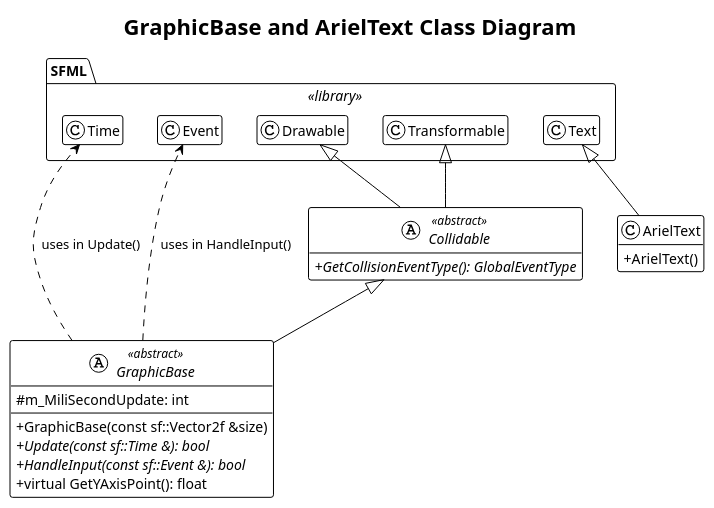
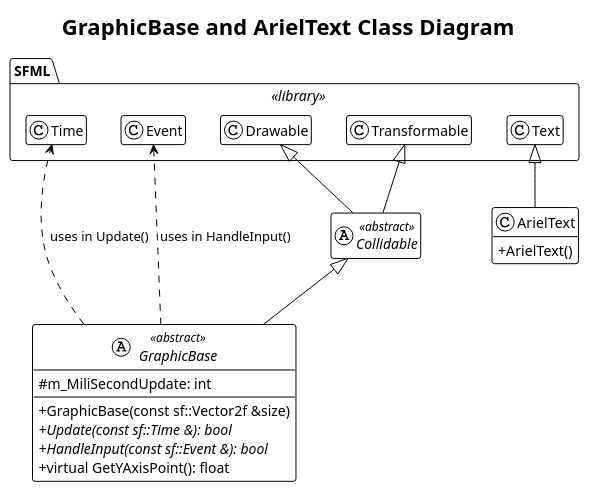
The diagram in uml/Graphic/Base.puml (NgTHung/ClashOfNotelek_s), drawn with PlantUML before and after one commit. The commit also changed 21 other files, not shown here.

Commit message:
[Update] final UML

```diff
--- a/uml/Graphic/Base.puml
+++ b/uml/Graphic/Base.puml
@@ -1,54 +1,52 @@
 @startuml
 !theme plain
 title GraphicBase and ArielText Class Diagram
 
 ' Settings for better readability
 skinparam classAttributeIconSize 0
 hide empty members
 
 ' --- External Dependencies & Parent Classes ---
 package SFML <<library>>{
 }
 
 ' Collidable inherits from SFML classes
-abstract class Collidable <<abstract>> {
-  + {abstract} GetCollisionEventType(): GlobalEventType
-}
+abstract class Collidable <<abstract>>
 SFML.Drawable <|-- Collidable
 SFML.Transformable <|-- Collidable
 
 
 ' --- New UI Class ---
 
 class ArielText {
     + ArielText()
 }
 
 
 ' --- New Abstract Game Object Base ---
 abstract class GraphicBase <<abstract>> {
     # m_MiliSecondUpdate: int
     --
     + GraphicBase(const sf::Vector2f &size)
     + {abstract} Update(const sf::Time &): bool
     + {abstract} HandleInput(const sf::Event &): bool
     + virtual GetYAxisPoint(): float
 }
 
 
 
 ' --- RELATIONSHIPS ---
 
 ' ==> Inheritance Hierarchy (Is-A)
 ' ArielText is a specialized sf::Text
 SFML.Text <|-- ArielText
 
 ' GraphicBase is a specialized, updatable Collidable
 Collidable <|-- GraphicBase
 
 ' ==> Dependency (Uses-A)
 ' GraphicBase's abstract methods depend on these SFML types.
 GraphicBase ..> SFML.Time : uses in Update()
 GraphicBase ..> SFML.Event : uses in HandleInput()
 
 @enduml
```
